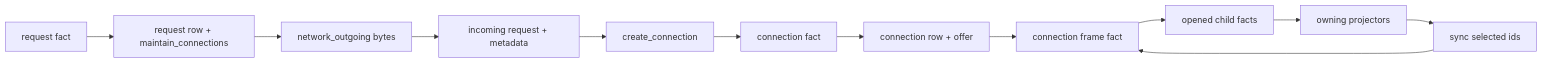
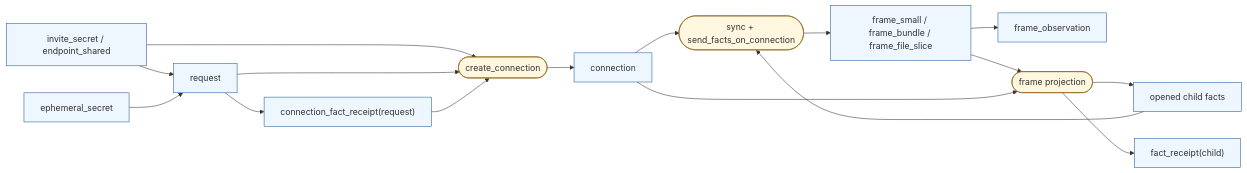
One commit to holmesworcester/poc-10 changed the second of 2 diagrams in src/protocol/connection/README.md. Above: the diagram before and after it, drawn with Mermaid. The commit also changed other lines of this file, not shown here.

Commit message:
Tighten connection fact graph

````diff
--- a/src/protocol/connection/README.md
+++ b/src/protocol/connection/README.md
@@ -306,20 +309,34 @@
 ```mermaid
 flowchart LR
-    Request["request fact"]
-    Retry["request row + maintain_connections"]
-    Network["network_outgoing bytes"]
-    Incoming["incoming request + metadata"]
-    Create["create_connection"]
-    Connection["connection fact"]
-    Session["connection row + offer"]
-    Frame["connection frame fact"]
-    Child["opened child facts"]
-    Projectors["owning projectors"]
-    Sync["sync selected ids"]
+    Authority["invite_secret / endpoint_shared"]:::fact
+    Ephemeral["ephemeral_secret"]:::fact
+    Request["request"]:::fact
+    Receipt["connection_fact_receipt(request)"]:::fact
+    Create(["create_connection"]):::step
+    Connection["connection"]:::fact
+    Send(["sync + send_facts_on_connection"]):::step
+    Frame["frame_small / frame_bundle / frame_file_slice"]:::fact
+    Observation["frame_observation"]:::fact
+    Open(["frame projection"]):::step
+    Child["opened child facts"]:::fact
+    ChildReceipt["fact_receipt(child)"]:::fact
 
-    Request --> Retry --> Network --> Incoming
-    Incoming --> Create
-    Create --> Connection --> Session
-    Session --> Frame --> Child --> Projectors
-    Projectors --> Sync --> Frame
+    Authority --> Request
+    Ephemeral --> Request
+    Request --> Receipt
+    Authority --> Create
+    Request --> Create
+    Receipt --> Create
+    Create --> Connection
+    Connection --> Send
+    Child --> Send
+    Send --> Frame
+    Frame --> Observation
+    Frame --> Open
+    Connection --> Open
+    Open --> Child
+    Open --> ChildReceipt
+
+    classDef fact fill:#eef6ff,stroke:#235a97,stroke-width:1px;
+    classDef step fill:#fff7df,stroke:#8a6418,stroke-width:1px;
 ```
````
